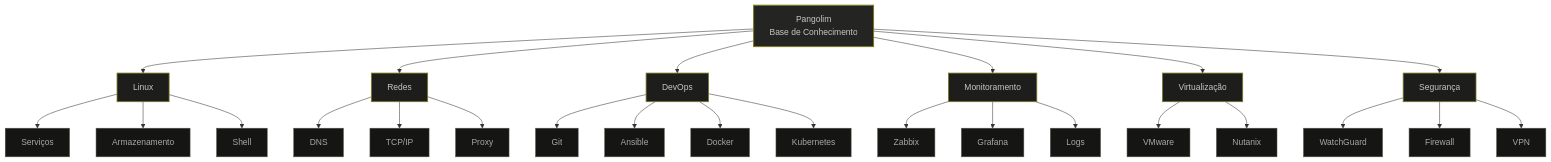
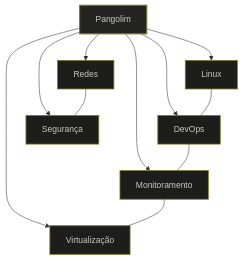
One commit to infra-linux/infra-linux.github.io changed the diagram in index.md. Above: the diagram before and after it, drawn with Mermaid.

Commit message:
Adiciona Marmed Pangolim

````diff
--- a/index.md
+++ b/index.md
@@ -79,44 +79,23 @@
 ```mermaid
 flowchart TB
 
-    P["Pangolim<br/>Base de Conhecimento"]
+    P["Pangolim"]
 
     P --> L["Linux"]
     P --> R["Redes"]
     P --> D["DevOps"]
     P --> M["Monitoramento"]
     P --> V["Virtualização"]
     P --> S["Segurança"]
 
-    L --> L1["Serviços"]
-    L --> L2["Armazenamento"]
-    L --> L3["Shell"]
-
-    R --> R1["DNS"]
-    R --> R2["TCP/IP"]
-    R --> R3["Proxy"]
-
-    D --> D1["Git"]
-    D --> D2["Ansible"]
-    D --> D3["Docker"]
-    D --> D4["Kubernetes"]
-
-    M --> M1["Zabbix"]
-    M --> M2["Grafana"]
-    M --> M3["Logs"]
-
-    V --> V1["VMware"]
-    V --> V2["Nutanix"]
-
-    S --> S1["WatchGuard"]
-    S --> S2["Firewall"]
-    S --> S3["VPN"]
+    L --- D
+    R --- S
+    D --- M
+    M --- V
 
     classDef main fill:#242422,stroke:#7D7821,stroke-width:2px,color:#c8c8c3;
-    classDef category fill:#1d1d1b,stroke:#7D7821,stroke-width:1.5px,color:#c8c8c3;
-    classDef item fill:#151513,stroke:#55554d,stroke-width:1px,color:#aaa9a2;
+    classDef area fill:#1d1d1b,stroke:#7D7821,stroke-width:1.5px,color:#c8c8c3;
 
     class P main;
-    class L,R,D,M,V,S category;
-    class L1,L2,L3,R1,R2,R3,D1,D2,D3,D4,M1,M2,M3,V1,V2,S1,S2,S3 item;
+    class L,R,D,M,V,S area;
 ```
````
